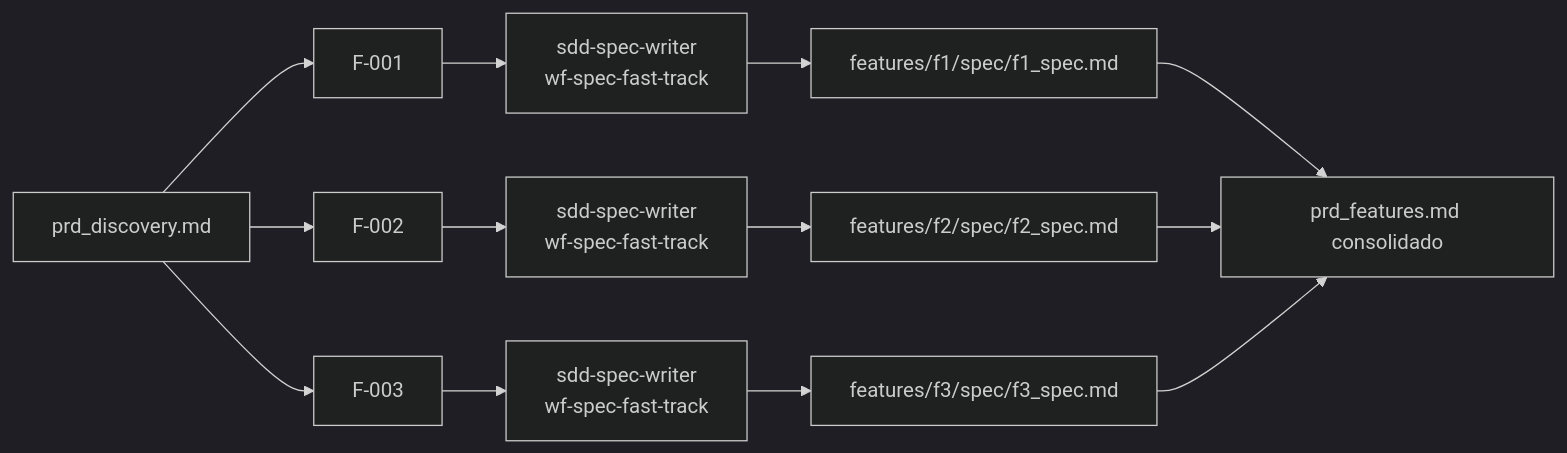
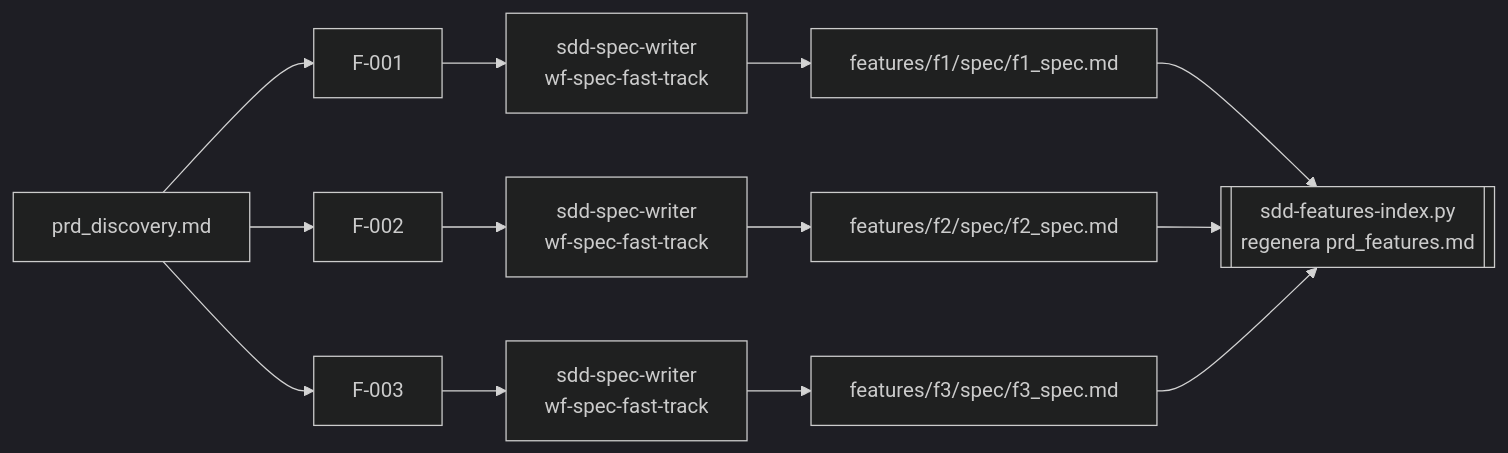
Before and after one commit to OspofeDeveloper/ai-dev-agents-lab: the third of 4 diagrams in sdd/spec/DIAGRAMS.md, drawn with Mermaid (dark theme). The commit also changed other lines of this file and 21 other files, not shown here.

Commit message:
DONE: Implementar 5.4 roadmap

````diff
--- a/sdd/spec/DIAGRAMS.md
+++ b/sdd/spec/DIAGRAMS.md
@@ -88,19 +88,19 @@
 ```mermaid
 flowchart LR
     Discovery[prd_discovery.md]
     Discovery --> F1["F-001"]
     Discovery --> F2["F-002"]
     Discovery --> F3["F-003"]
 
     F1 --> A1["sdd-spec-writer<br/>wf-spec-fast-track"]
     F2 --> A2["sdd-spec-writer<br/>wf-spec-fast-track"]
     F3 --> A3["sdd-spec-writer<br/>wf-spec-fast-track"]
 
     A1 --> S1["features/f1/spec/f1_spec.md"]
     A2 --> S2["features/f2/spec/f2_spec.md"]
     A3 --> S3["features/f3/spec/f3_spec.md"]
 
-    S1 --> Hub[prd_features.md consolidado]
+    S1 --> Hub[["sdd-features-index.py<br/>regenera prd_features.md"]]
     S2 --> Hub
     S3 --> Hub
 ```
````
